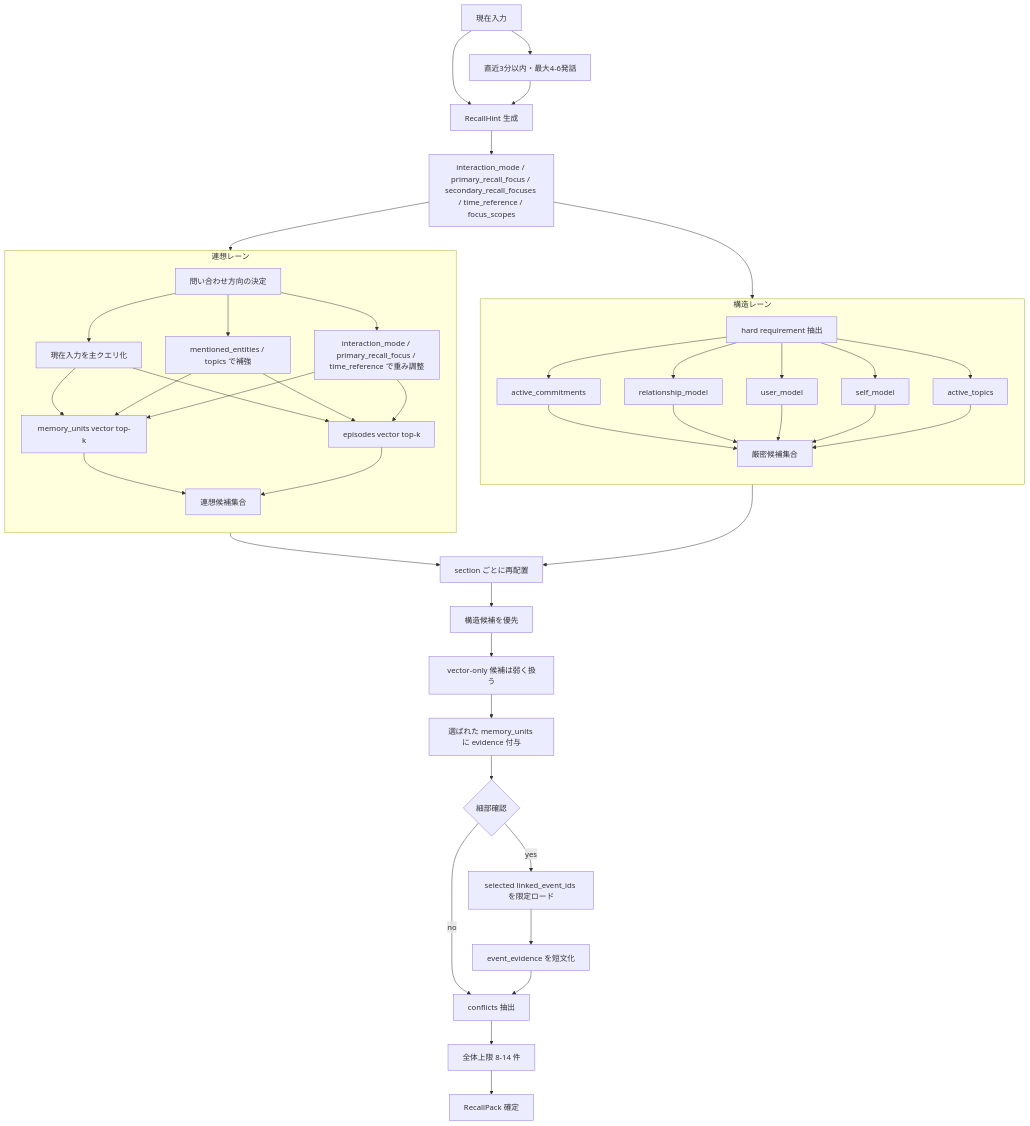
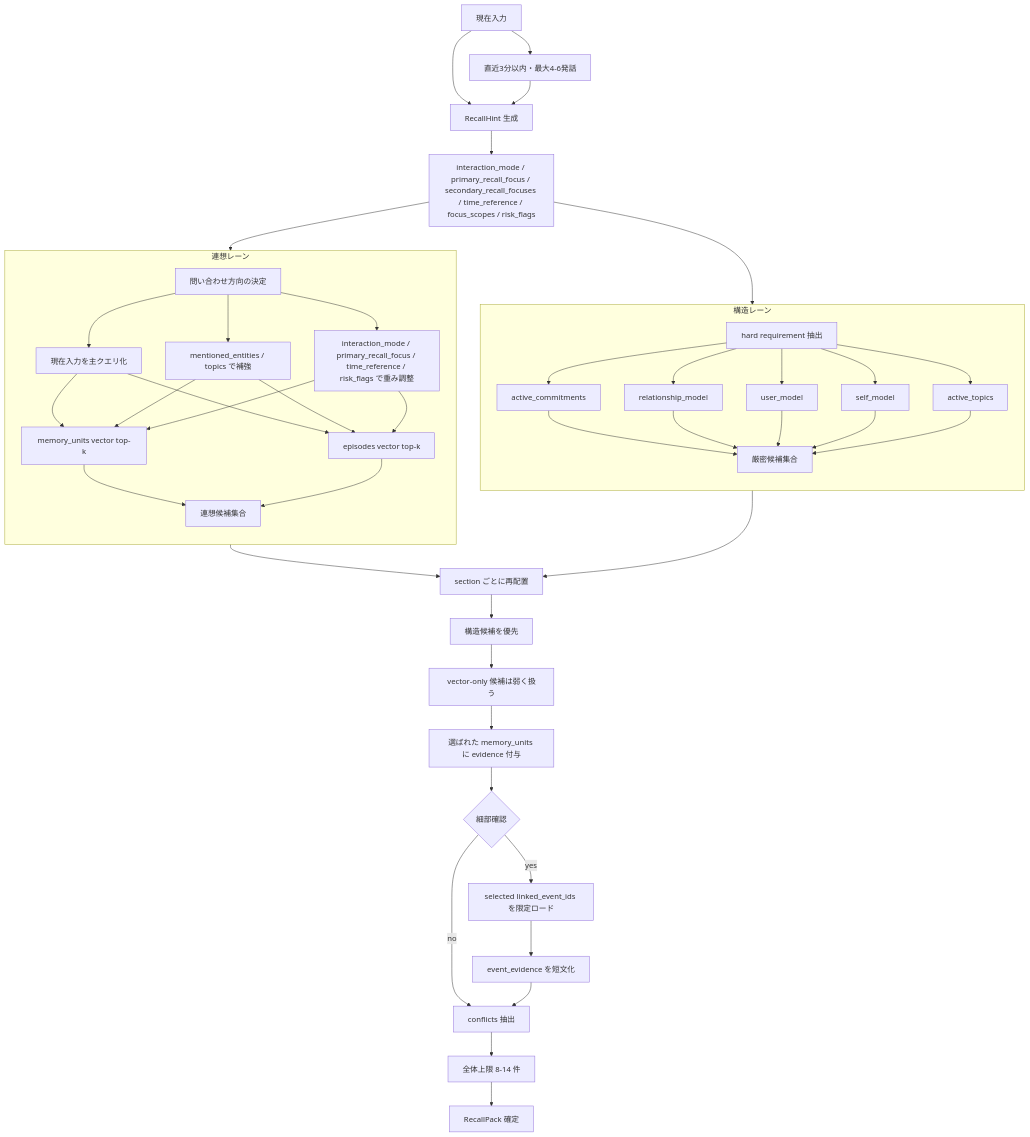
The second of 4 diagrams in docs/design/memory/05_想起と判断フロー図.md (hirona98/OtomeKairo), drawn with Mermaid before and after one commit. The commit also changed 15 other files, not shown here.

````diff
--- a/docs/design/memory/05_想起と判断フロー図.md
+++ b/docs/design/memory/05_想起と判断フロー図.md
@@ -98,66 +98,66 @@
 ```mermaid
 flowchart TD
     A[現在入力] --> B[直近3分以内・最大4-6発話]
     A --> C[RecallHint 生成]
     B --> C
-    C --> D[interaction_mode / primary_recall_focus / secondary_recall_focuses / time_reference / focus_scopes]
+    C --> D[interaction_mode / primary_recall_focus / secondary_recall_focuses / time_reference / focus_scopes / risk_flags]
 
     D --> E1
     D --> E2
 
     subgraph SL[構造レーン]
         direction TB
         E1[hard requirement 抽出]
         F1[active_commitments]
         F2[relationship_model]
         F3[user_model]
         F4[self_model]
         F5[active_topics]
         G1[厳密候補集合]
         E1 --> F1
         E1 --> F2
         E1 --> F3
         E1 --> F4
         E1 --> F5
         F1 --> G1
         F2 --> G1
         F3 --> G1
         F4 --> G1
         F5 --> G1
     end
 
     subgraph VL[連想レーン]
         direction TB
         E2[問い合わせ方向の決定]
         H1[現在入力を主クエリ化]
         H2[mentioned_entities / topics で補強]
-        H3[interaction_mode / primary_recall_focus / time_reference で重み調整]
+        H3[interaction_mode / primary_recall_focus / time_reference / risk_flags で重み調整]
         H4[memory_units vector top-k]
         H5[episodes vector top-k]
         H6[連想候補集合]
         E2 --> H1
         E2 --> H2
         E2 --> H3
         H1 --> H4
         H1 --> H5
         H2 --> H4
         H2 --> H5
         H3 --> H4
         H3 --> H5
         H4 --> H6
         H5 --> H6
     end
 
     G1 --> I[section ごとに再配置]
     H6 --> I
     I --> J[構造候補を優先]
     J --> K[vector-only 候補は弱く扱う]
     K --> L[選ばれた memory_units に evidence 付与]
     L --> X{細部確認}
     X -- no --> M[conflicts 抽出]
     X -- yes --> Y[selected linked_event_ids を限定ロード]
     Y --> Z[event_evidence を短文化]
     Z --> M
     M --> N[全体上限 8-14 件]
     N --> O[RecallPack 確定]
 ```
````
